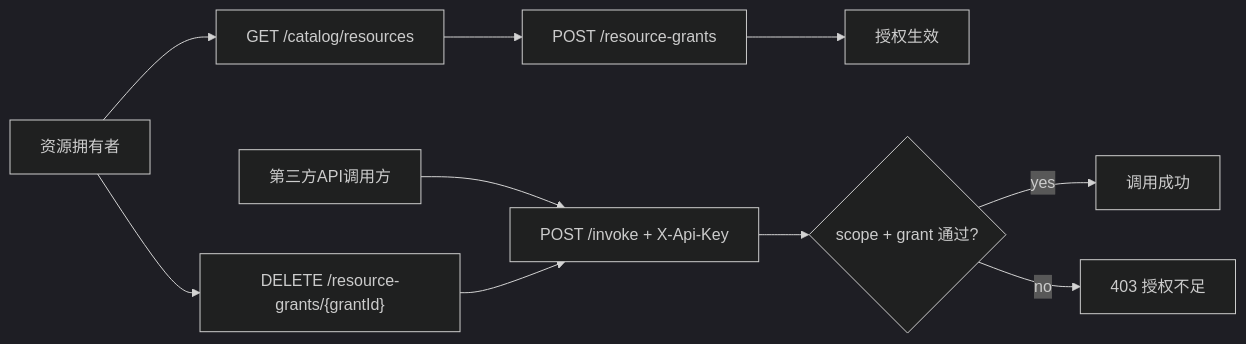
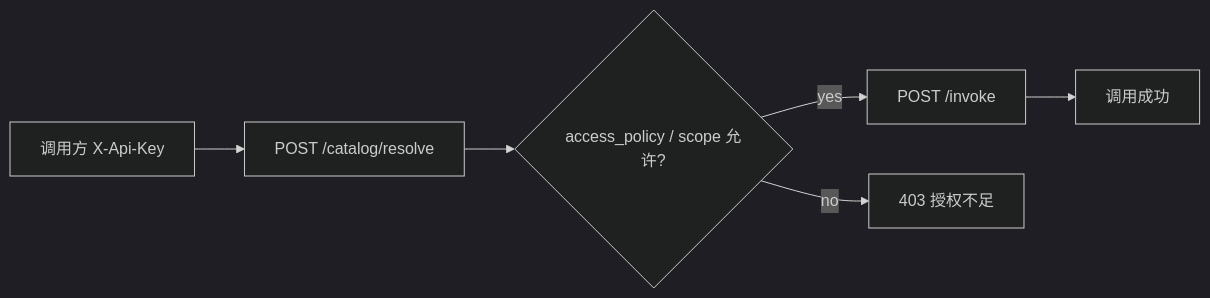
Before and after one commit to WangDiGua/LantuConnect-Backend: the fourth of 4 diagrams in docs/frontend-alignment-handbook.md, drawn with Mermaid (dark theme). The commit also changed other lines of this file, not shown here.

First line of the commit message:
docs: 对齐前端手册—下线 resource-grants/工单链路与 grant 表；补充 audit 保留与敏感词说明

````diff
--- a/docs/frontend-alignment-handbook.md
+++ b/docs/frontend-alignment-handbook.md
@@ -822,12 +816,8 @@
 ```mermaid
 flowchart LR
-owner[资源拥有者] --> listRes["GET /catalog/resources"]
-listRes --> createGrant["POST /resource-grants"]
-createGrant --> grantOk[授权生效]
-thirdParty[第三方API调用方] --> invoke["POST /invoke + X-Api-Key"]
-invoke --> grantCheck{"scope + grant 通过?"}
-grantCheck -->|yes| callSuccess[调用成功]
-grantCheck -->|no| callDenied[403 授权不足]
-owner --> revokeGrant["DELETE /resource-grants/{grantId}"]
-revokeGrant --> invoke
+consumer[调用方 X-Api-Key] --> resolve["POST /catalog/resolve"]
+resolve --> policyCheck{"access_policy / scope 允许?"}
+policyCheck -->|yes| invoke["POST /invoke"]
+policyCheck -->|no| denied[403 授权不足]
+invoke --> ok[调用成功]
 ```
````
